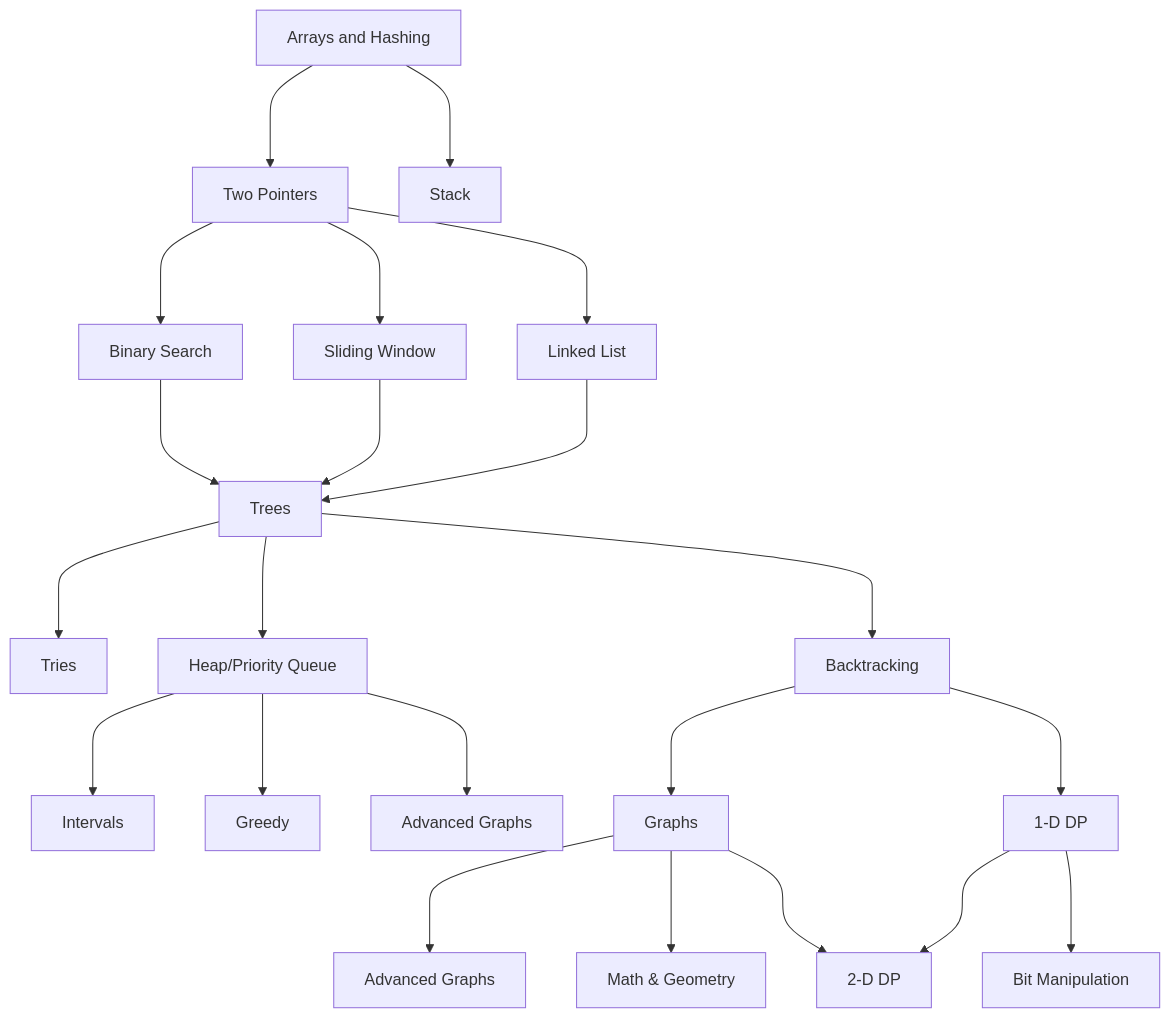
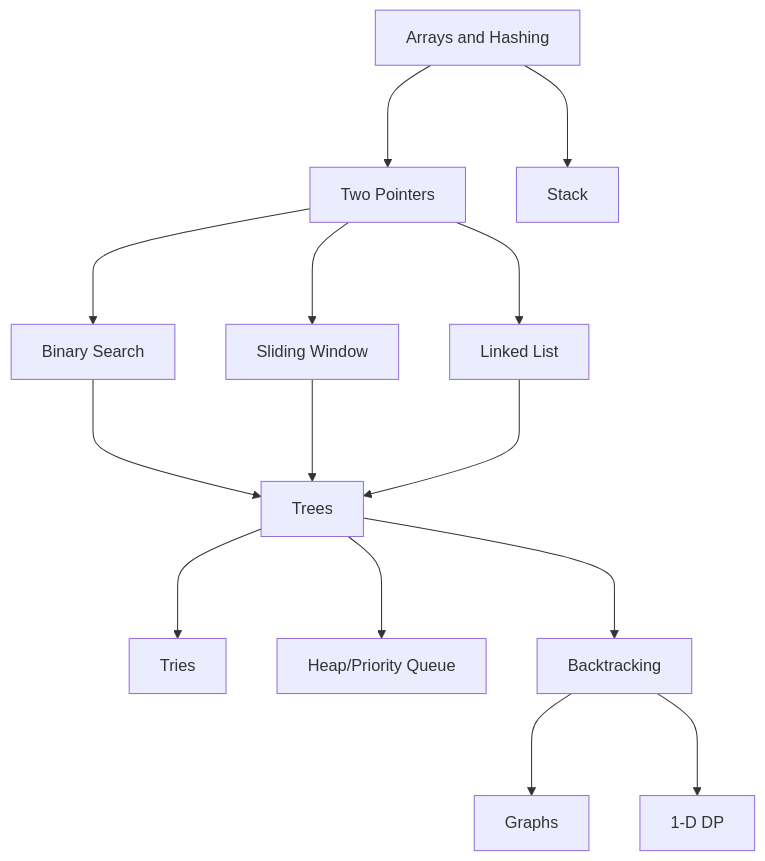
The diagram in README.md (rurangiza/dojo), drawn with Mermaid before and after one commit. The commit also changed other lines of this file and 3 other files, not shown here.

````diff
--- a/README.md
+++ b/README.md
@@ -58,62 +65,42 @@
 ```mermaid
 graph TD
     1[<a>Arrays and Hashing</a>]
 %% Nodes
 
     2[<a>Two Pointers</a>]
     3[<a>Stack</a>]
 
     4[<a>Binary Search</a>]
     5[<a>Sliding Window</a>]
     6[<a>Linked List</a>]
 
     7[<a>Trees</a>]
     
     8[<a>Tries</a>]
     9[<a>Heap/Priority Queue</a>]
     10[<a>Backtracking</a>]
 
-    11[<a>Intervals</a>]
-    12[<a>Greedy</a>]
-    13[<a>Advanced Graphs</a>]
-
     14[<a>Graphs</a>]
     15[<a>1-D DP</a>]
-
-    16[<a>Advanced Graphs</a>]
-    17[<a>Math & Geometry</a>]
-    18[<a>2-D DP</a>]
-
-    18[<a>2-D DP</a>]
-    19[<a>Bit Manipulation</a>]
 
 %% Links
     1---> 2
     1---> 3
 
     2---> 4
     2---> 5
     2---> 6
 
     4---> 7
     5---> 7
     6---> 7
 
     7---> 8
     7---> 9
     7---> 10
 
-    9---> 11
-    9---> 12
-    9---> 13
 
     10---> 14
     10---> 15
 
-    14---> 16
-    14---> 17
-    14---> 18
-
-    15---> 18
-    15---> 19
 ```
````
